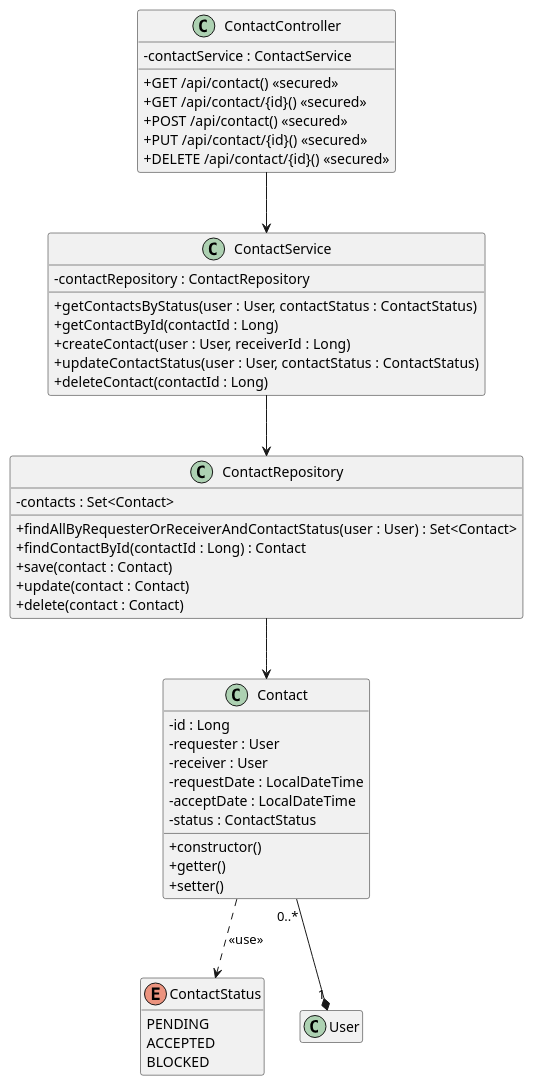
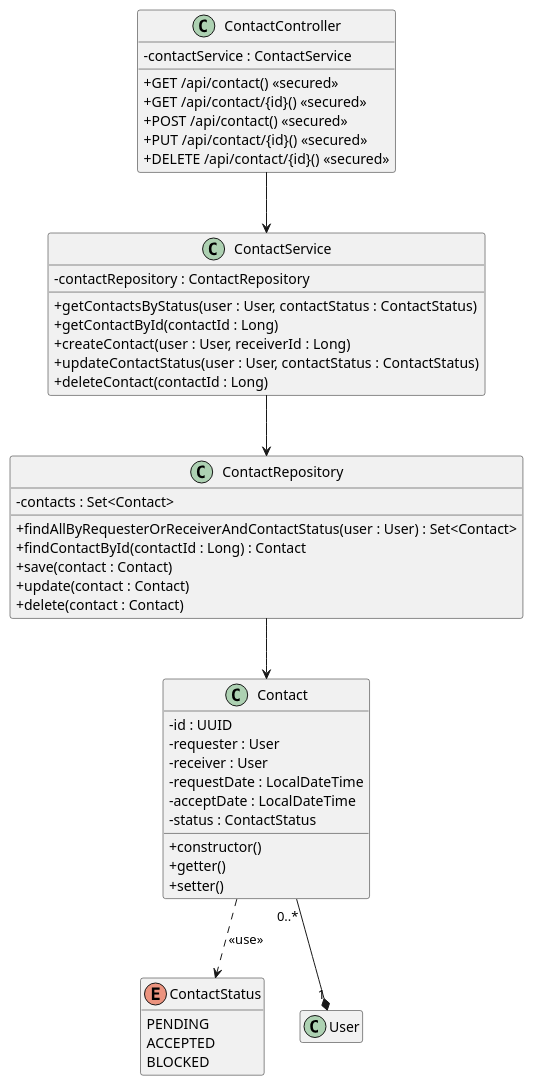
The diagram in uml/class/Class_Contact.puml (SpaghettiCodeGang/TryLater-Server), drawn with PlantUML before and after one commit. The commit also changed 5 other files, not shown here.

Commit message:
feat: updates class diagrams with uuids

```diff
--- a/uml/class/Class_Contact.puml
+++ b/uml/class/Class_Contact.puml
@@ -1,52 +1,52 @@
 @startuml
 skinparam classAttributeIconSize 0
 hide empty members
 
 enum ContactStatus {
     PENDING
     ACCEPTED
     BLOCKED
 }
 class Contact {
-    - id : Long
+    - id : UUID
     - requester : User
     - receiver : User
     - requestDate : LocalDateTime
     - acceptDate : LocalDateTime
     - status : ContactStatus
     + constructor()
     + getter()
     + setter()
 }
 class ContactRepository {
     - contacts : Set<Contact>
     + findAllByRequesterOrReceiverAndContactStatus(user : User) : Set<Contact>
     + findContactById(contactId : Long) : Contact
     + save(contact : Contact)
     + update(contact : Contact)
     + delete(contact : Contact)
 }
 class ContactService {
     - contactRepository : ContactRepository
     + getContactsByStatus(user : User, contactStatus : ContactStatus)
     + getContactById(contactId : Long)
     + createContact(user : User, receiverId : Long)
     + updateContactStatus(user : User, contactStatus : ContactStatus)
     + deleteContact(contactId : Long)
 }
 class ContactController {
     - contactService : ContactService
     + GET /api/contact() <<secured>>
     + GET /api/contact/{id}() <<secured>>
     + POST /api/contact() <<secured>>
     + PUT /api/contact/{id}() <<secured>>
     + DELETE /api/contact/{id}() <<secured>>
 }
 
 Contact "0..*" --* "1" User
 Contact ..> ContactStatus : <<use>>
 ContactRepository --> Contact
 ContactService --> ContactRepository
 ContactController --> ContactService
 
 @enduml
```
